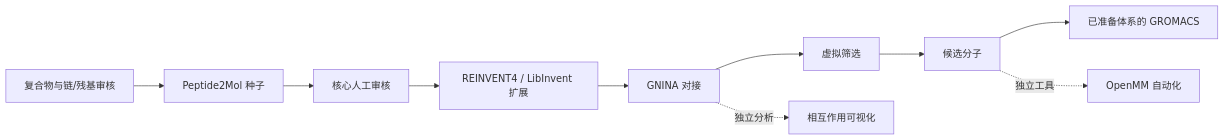
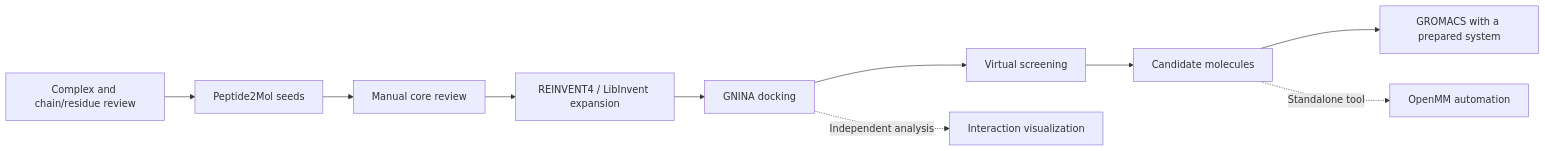
The diagram in README.md (lzylumos-sudo/yuanhe-bio-workflow), drawn with Mermaid before and after one commit. The commit also changed other lines of this file and 1 other file, not shown here.

````diff
--- a/README.md
+++ b/README.md
@@ -9,12 +11,12 @@
 ```mermaid
 flowchart LR
- A[复合物与链/残基审核] --> B[Peptide2Mol 种子]
- B --> C[核心人工审核]
- C --> D[REINVENT4 / LibInvent 扩展]
- D --> E[GNINA 对接]
- E --> F[虚拟筛选]
- F --> G[候选分子]
- G --> H[已准备体系的 GROMACS]
- E -.独立分析.-> I[相互作用可视化]
- G -.独立工具.-> J[OpenMM 自动化]
+ A[Complex and chain/residue review] --> B[Peptide2Mol seeds]
+ B --> C[Manual core review]
+ C --> D[REINVENT4 / LibInvent expansion]
+ D --> E[GNINA docking]
+ E --> F[Virtual screening]
+ F --> G[Candidate molecules]
+ G --> H[GROMACS with a prepared system]
+ E -.Independent analysis.-> I[Interaction visualization]
+ G -.Standalone tool.-> J[OpenMM automation]
 ```
````
